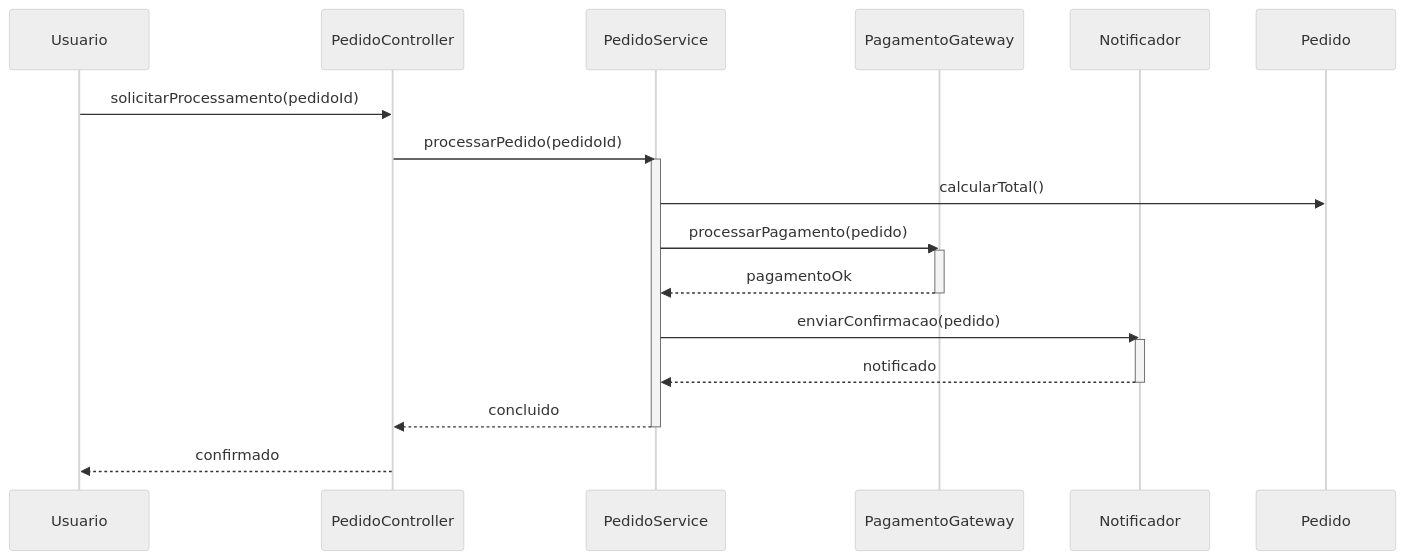
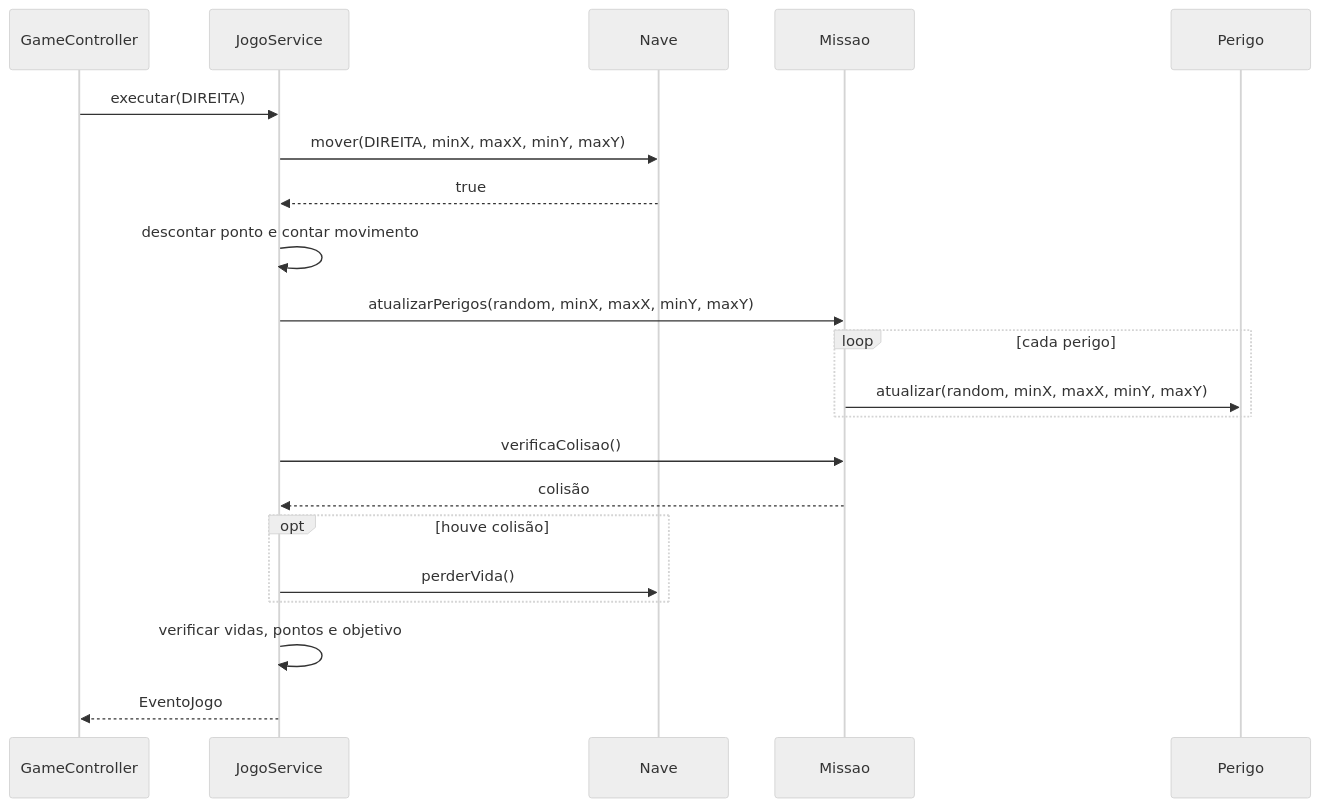
One commit to marcelobezerra-dotcom/grasp-tutorial changed the diagram in apostilas-grasp/diagrams/high-cohesion-sequence.mmd. Above: the diagram before and after it, drawn with Mermaid (neutral theme). The commit also changed 70 other files, not shown here.

```diff
--- a/apostilas-grasp/diagrams/high-cohesion-sequence.mmd
+++ b/apostilas-grasp/diagrams/high-cohesion-sequence.mmd
@@ -1,23 +1,21 @@
 sequenceDiagram
-  participant Usuario
-  participant PedidoController
-  participant PedidoService
-  participant PagamentoGateway
-  participant Notificador
-  participant Pedido
-
-  Usuario->>PedidoController: solicitarProcessamento(pedidoId)
-  PedidoController->>PedidoService: processarPedido(pedidoId)
-  activate PedidoService
-  PedidoService->>Pedido: calcularTotal()
-  PedidoService->>PagamentoGateway: processarPagamento(pedido)
-  activate PagamentoGateway
-  PagamentoGateway-->>PedidoService: pagamentoOk
-  deactivate PagamentoGateway
-  PedidoService->>Notificador: enviarConfirmacao(pedido)
-  activate Notificador
-  Notificador-->>PedidoService: notificado
-  deactivate Notificador
-  PedidoService-->>PedidoController: concluido
-  deactivate PedidoService
-  PedidoController-->>Usuario: confirmado
+    participant GameController
+    participant JogoService
+    participant Nave
+    participant Missao
+    participant Perigo
+    GameController->>JogoService: executar(DIREITA)
+    JogoService->>Nave: mover(DIREITA, minX, maxX, minY, maxY)
+    Nave-->>JogoService: true
+    JogoService->>JogoService: descontar ponto e contar movimento
+    JogoService->>Missao: atualizarPerigos(random, minX, maxX, minY, maxY)
+    loop cada perigo
+        Missao->>Perigo: atualizar(random, minX, maxX, minY, maxY)
+    end
+    JogoService->>Missao: verificaColisao()
+    Missao-->>JogoService: colisão
+    opt houve colisão
+        JogoService->>Nave: perderVida()
+    end
+    JogoService->>JogoService: verificar vidas, pontos e objetivo
+    JogoService-->>GameController: EventoJogo
```
